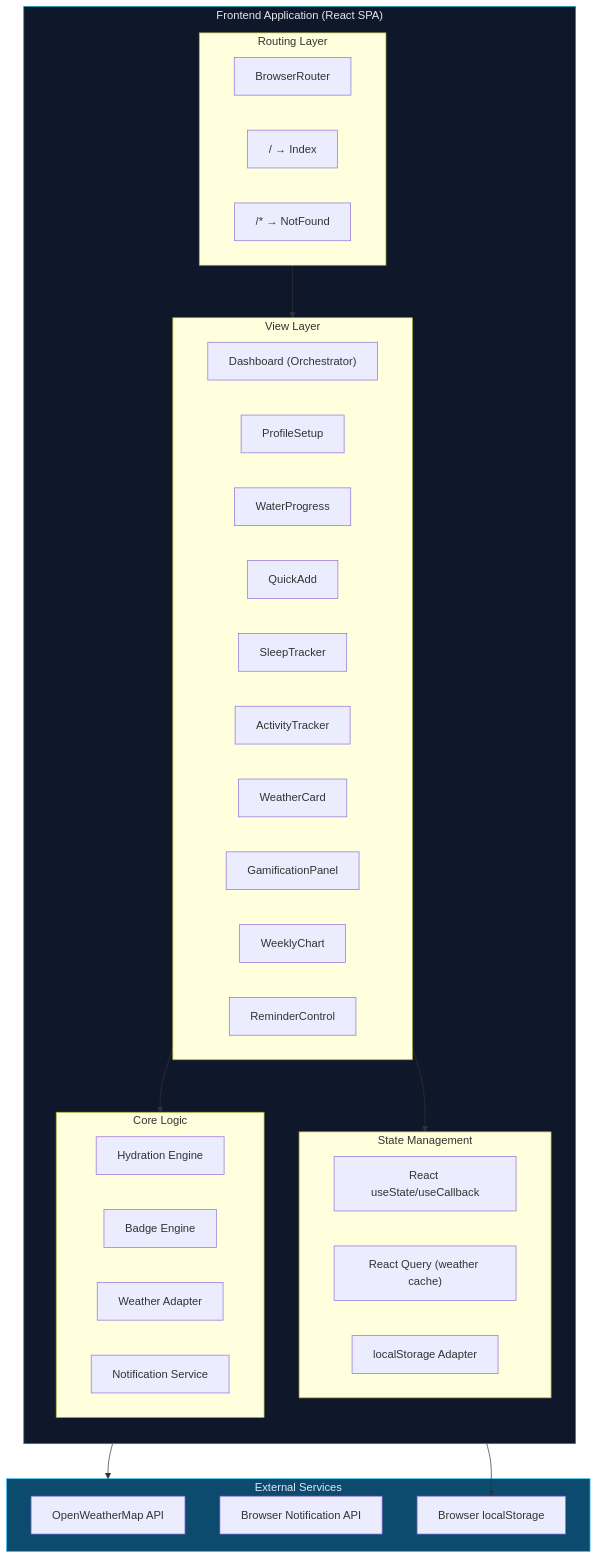
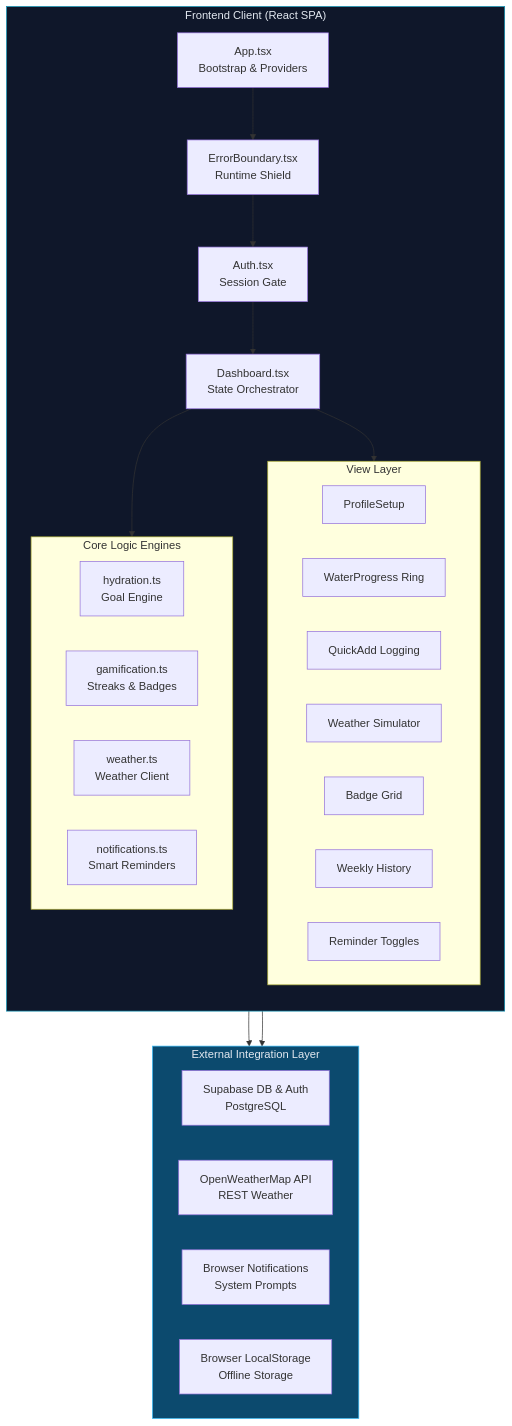
The first of 3 diagrams in projectdocumentation.md (ramalokeshreddyp/hydrosmart-ai), drawn with Mermaid before and after one commit. The commit also changed other lines of this file and 4 other files, not shown here.

Commit message:
docs: finalize production cleanup, refactoring, and update system documentation for Supabase integration

````diff
--- a/projectdocumentation.md
+++ b/projectdocumentation.md
@@ -84,53 +21,43 @@
 ```mermaid
 graph TB
-    subgraph Frontend["Frontend Application (React SPA)"]
+    subgraph Client["Frontend Client (React SPA)"]
         direction TB
+        App["App.tsx<br/>Bootstrap & Providers"]
+        EB["ErrorBoundary.tsx<br/>Runtime Shield"]
+        AuthGate["Auth.tsx<br/>Session Gate"]
+        Dashboard["Dashboard.tsx<br/>State Orchestrator"]
         
-        subgraph Routing["Routing Layer"]
-            BR["BrowserRouter"]
-            R1["/ → Index"]
-            R2["/* → NotFound"]
+        subgraph View["View Layer"]
+            ProfileSetup["ProfileSetup"]
+            WaterProgress["WaterProgress Ring"]
+            QuickAdd["QuickAdd Logging"]
+            WeatherCard["Weather Simulator"]
+            GamificationPanel["Badge Grid"]
+            WeeklyChart["Weekly History"]
+            ReminderControl["Reminder Toggles"]
         end
         
-        subgraph State["State Management"]
-            RS["React useState/useCallback"]
-            RQ["React Query (weather cache)"]
-            LS["localStorage Adapter"]
-        end
-        
-        subgraph Views["View Layer"]
-            D["Dashboard (Orchestrator)"]
-            PS["ProfileSetup"]
-            WP["WaterProgress"]
-            QA["QuickAdd"]
-            ST["SleepTracker"]
-            AT["ActivityTracker"]
-            WC["WeatherCard"]
-            GP["GamificationPanel"]
-            WK["WeeklyChart"]
-            RC["ReminderControl"]
-        end
-        
-        subgraph Core["Core Logic"]
-            HE["Hydration Engine"]
-            BE["Badge Engine"]
-            WA["Weather Adapter"]
-            NS["Notification Service"]
+        subgraph Core["Core Logic Engines"]
+            HydrationEngine["hydration.ts<br/>Goal Engine"]
+            BadgeEngine["gamification.ts<br/>Streaks & Badges"]
+            WeatherAdapter["weather.ts<br/>Weather Client"]
+            NotificationService["notifications.ts<br/>Smart Reminders"]
         end
     end
     
-    subgraph External["External Services"]
-        OWM["OpenWeatherMap API"]
-        BNA["Browser Notification API"]
-        LST["Browser localStorage"]
+    subgraph External["External Integration Layer"]
+        Supabase["Supabase DB & Auth<br/>PostgreSQL"]
+        OWM["OpenWeatherMap API<br/>REST Weather"]
+        BrowserNotify["Browser Notifications<br/>System Prompts"]
+        Cache["Browser LocalStorage<br/>Offline Storage"]
     end
+
+    App --> EB --> AuthGate --> Dashboard
+    Dashboard --> View
+    Dashboard --> Core
+    Core --> External
+    View --> External
     
-    Routing --> Views
-    Views --> State
-    Views --> Core
-    Core --> External
-    State --> LST
-    
-    style Frontend fill:#0f172a,stroke:#0891b2,color:#e2e8f0
+    style Client fill:#0f172a,stroke:#0891b2,color:#e2e8f0
     style External fill:#0c4a6e,stroke:#38bdf8,color:#e2e8f0
 ```
````
